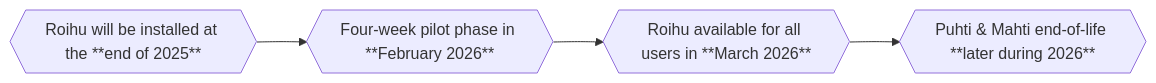
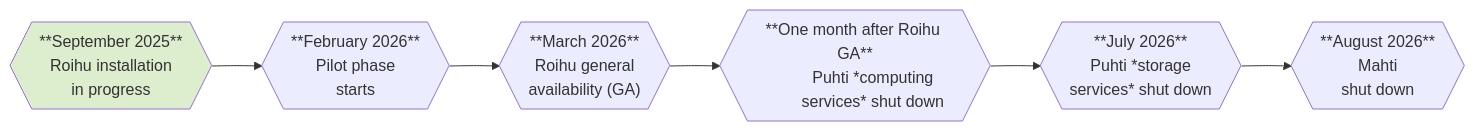
The diagram in docs/computing/systems-roihu.md (CSCfi/csc-user-guide), drawn with Mermaid before and after one commit.

Commit message:
update roihu schedule

````diff
--- a/docs/computing/systems-roihu.md
+++ b/docs/computing/systems-roihu.md
@@ -11,6 +11,22 @@
 ```mermaid
 graph LR;
-    A{{Roihu will be installed at the **end of 2025**}}-->B;
-    B{{Four-week pilot phase in **February 2026**}}-->C;
-    C{{Roihu available for all users in **March 2026**}}-->D{{Puhti & Mahti end-of-life **later during 2026**}};
+    A{{"**September 2025**
+        Roihu installation
+        in progress"}} --> B;
+    B{{"**February 2026**
+        Pilot phase
+        starts"}} --> C;
+    C{{"**March 2026**
+        Roihu general
+        availability (GA)"}} --> D;
+    D{{"**One month after Roihu GA**
+        Puhti *computing
+        services* shut down"}} --> E;
+    E{{"**July 2026**
+        Puhti *storage
+        services* shut down"}} --> F;
+    F{{"**August 2026**
+        Mahti
+        shut down"}}
+    style A fill:#dceeceff;
 ```
````
